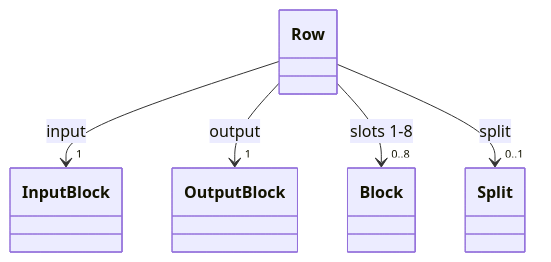
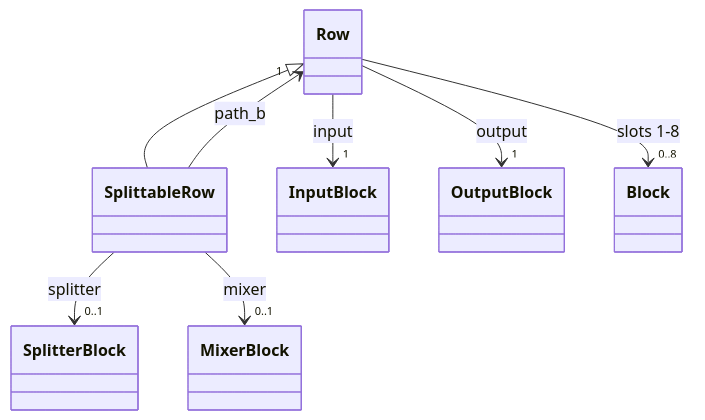
One commit to stokes-audio/pyquadcortex changed the fourth of 7 diagrams in docs/domain-model.md. Above: the diagram before and after it, drawn with Mermaid. The commit also changed other lines of this file, not shown here.

````diff
--- a/docs/domain-model.md
+++ b/docs/domain-model.md
@@ -240,7 +267,10 @@
 ```mermaid
 classDiagram
+    Row <|-- SplittableRow
     Row --> "1" InputBlock : input
     Row --> "1" OutputBlock : output
     Row --> "0..8" Block : slots 1-8
-    Row --> "0..1" Split : split
+    SplittableRow --> "0..1" SplitterBlock : splitter
+    SplittableRow --> "0..1" MixerBlock : mixer
+    SplittableRow --> "1" Row : path_b
 ```
````
